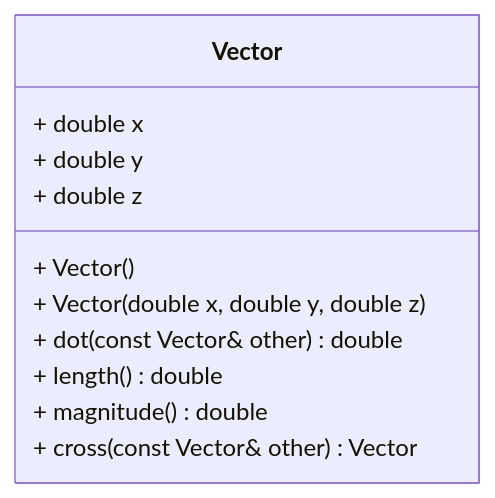
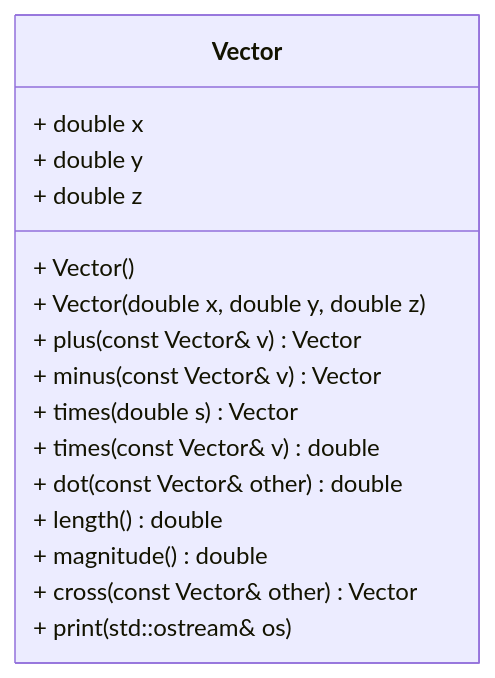
The diagram in README.md (Borosnyai/cpp_oop_vector), drawn with Mermaid before and after one commit. The commit also changed other lines of this file and 1 other file, not shown here.

````diff
--- a/README.md
+++ b/README.md
@@ -44,16 +44,24 @@
 ```mermaid
 classDiagram
 
 class Vector {
   + double x
   + double y
   + double z
 
   + Vector()
   + Vector(double x, double y, double z)
+
+  + plus(const Vector& v) Vector
+  + minus(const Vector& v) Vector
+  + times(double s) Vector
+  + times(const Vector& v) double
+
   + dot(const Vector& other) double
   + length() double
   + magnitude() double
   + cross(const Vector& other) Vector
+
+  + print(std::ostream& os)
 }
 ```
````
